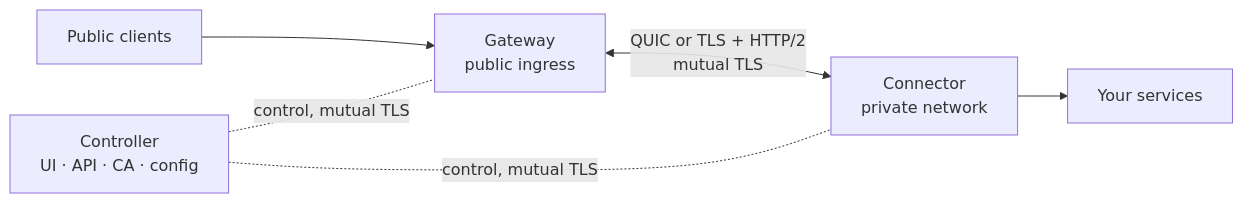
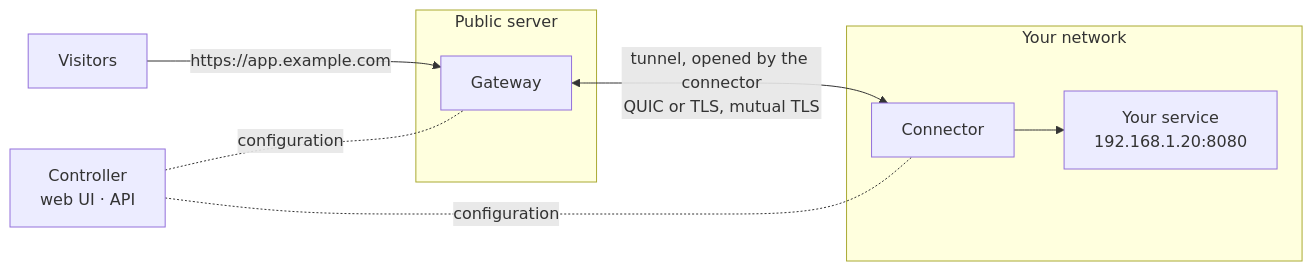
The diagram in README.md (felix-homelab/rpmgr), drawn with Mermaid before and after one commit. The commit also changed other lines of this file and 19 other files, not shown here.

````diff
--- a/README.md
+++ b/README.md
@@ -10,8 +36,13 @@
 ```mermaid
 flowchart LR
-  P[Public clients] --> G[Gateway<br/>public ingress]
-  G <-->|QUIC or TLS + HTTP/2<br/>mutual TLS| C[Connector<br/>private network]
-  C --> S[Your services]
-  CTL[Controller<br/>UI · API · CA · config] -.control, mutual TLS.- G
-  CTL -.control, mutual TLS.- C
+  V[Visitors] -->|https://app.example.com| G
+  subgraph Public server
+    G[Gateway]
+  end
+  subgraph Your network
+    C[Connector] --> S[Your service<br/>192.168.1.20:8080]
+  end
+  G <-->|tunnel, opened by the connector<br/>QUIC or TLS, mutual TLS| C
+  CTL[Controller<br/>web UI · API] -.configuration.- G
+  CTL -.configuration.- C
 ```
````
